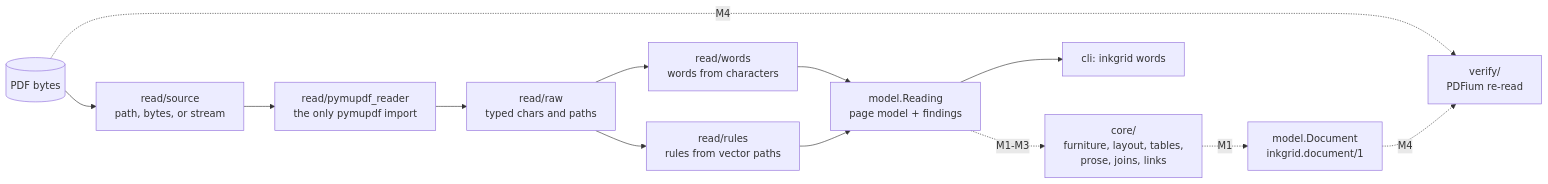
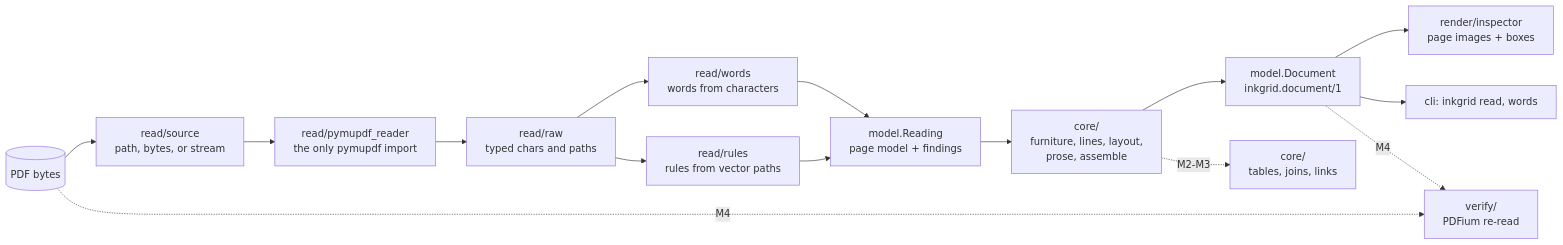
The diagram in docs/ARCHITECTURE.md (Abdul-Muizz1310/inkgrid), drawn with Mermaid before and after one commit. The commit also changed other lines of this file and 7 other files, not shown here.

Commit message:
feat(cli): add inkgrid read with Markdown and inspector output

````diff
--- a/docs/ARCHITECTURE.md
+++ b/docs/ARCHITECTURE.md
@@ -6,15 +6,17 @@
 ```mermaid
 flowchart LR
     PDF[(PDF bytes)] --> SRC["read/source<br/>path, bytes, or stream"]
     SRC --> RDR["read/pymupdf_reader<br/>the only pymupdf import"]
     RDR --> RAW["read/raw<br/>typed chars and paths"]
     RAW --> WORDS["read/words<br/>words from characters"]
     RAW --> RULES["read/rules<br/>rules from vector paths"]
     WORDS --> PM["model.Reading<br/>page model + findings"]
     RULES --> PM
-    PM -. "M1-M3" .-> CORE["core/<br/>furniture, layout, tables,<br/>prose, joins, links"]
-    CORE -. "M1" .-> DOC["model.Document<br/>inkgrid.document/1"]
+    PM --> CORE["core/<br/>furniture, lines, layout,<br/>prose, assemble"]
+    CORE --> DOC["model.Document<br/>inkgrid.document/1"]
+    CORE -. "M2-M3" .-> LATER["core/<br/>tables, joins, links"]
+    DOC --> INSP["render/inspector<br/>page images + boxes"]
+    DOC --> CLI["cli: inkgrid read, words"]
     PDF -. "M4" .-> VER["verify/<br/>PDFium re-read"]
     DOC -. "M4" .-> VER
-    PM --> CLI["cli: inkgrid words"]
 ```
````
